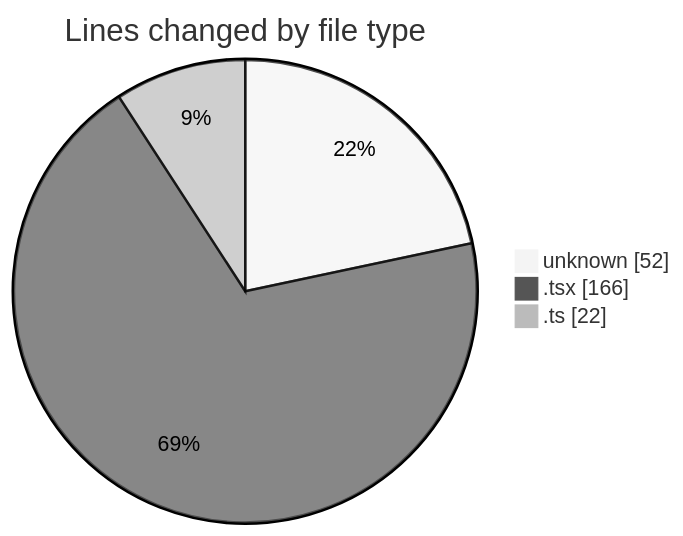
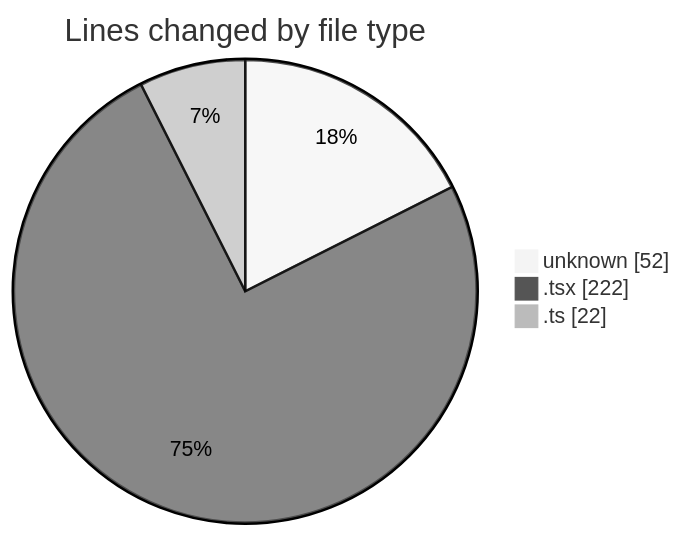
One commit to CELIANVF/code-tracking changed the first of 2 diagrams in 2025-06-02/ecodeli-1/README.md. Above: the diagram before and after it, drawn with Mermaid (neutral theme). The commit also changed other lines of this file and 1 other file, not shown here.

````diff
--- a/2025-06-02/ecodeli-1/README.md
+++ b/2025-06-02/ecodeli-1/README.md
@@ -25,7 +30,7 @@
 ```mermaid
 pie showData
 title Lines changed by file type
 "unknown" : 52
-".tsx" : 166
+".tsx" : 222
 ".ts" : 22
 ```
````
